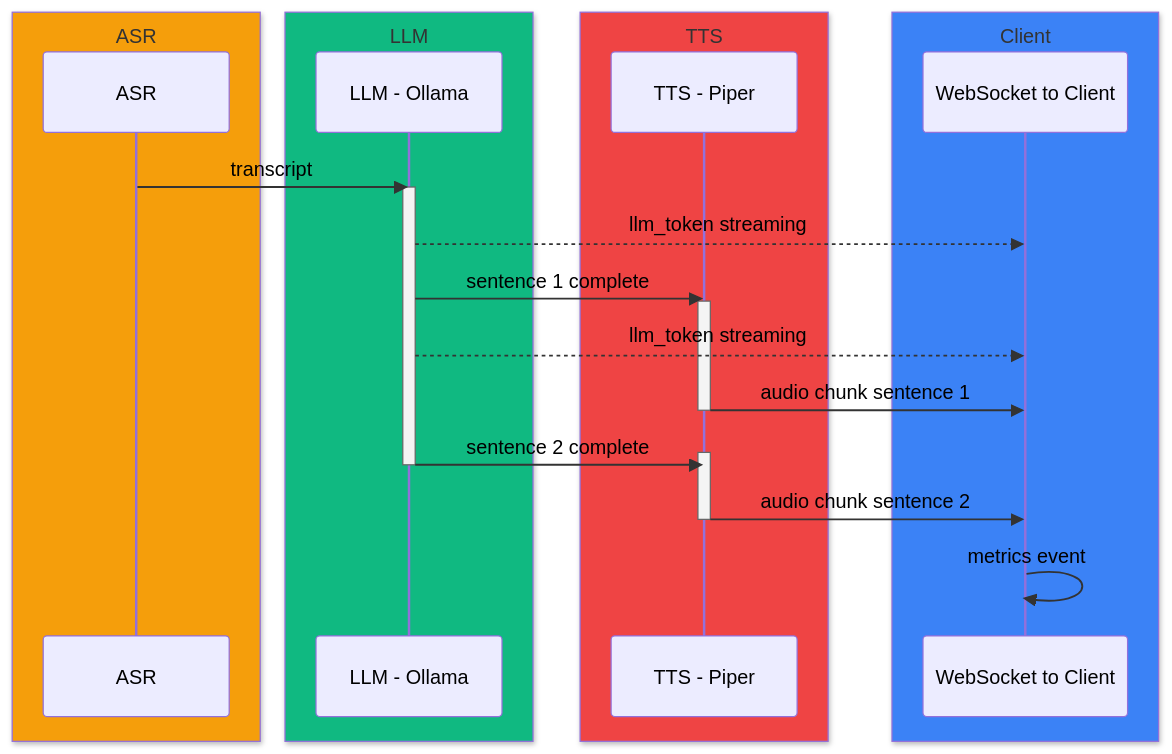
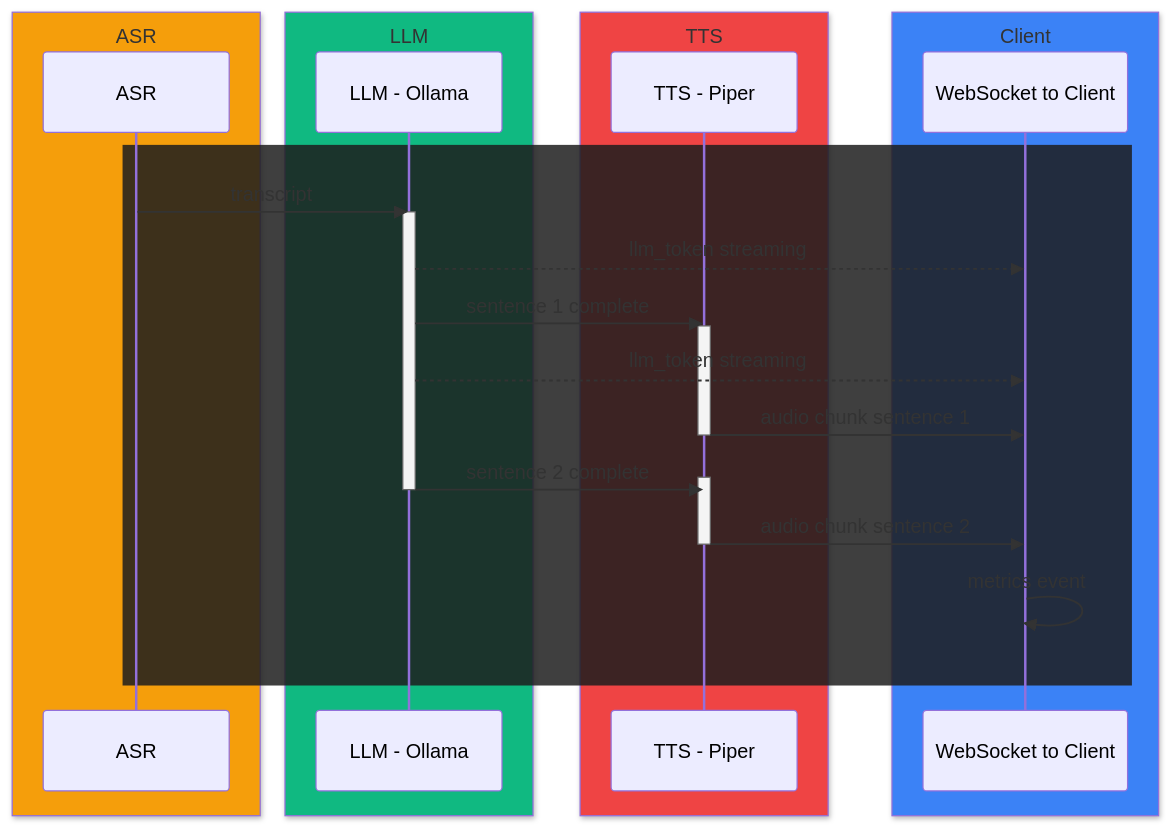
Before and after one commit to hubenschmidt/asr-llm-tts: the third of 4 diagrams in docs/architecture.md, drawn with Mermaid.

Commit message:
use dark background with white text

````diff
--- a/docs/architecture.md
+++ b/docs/architecture.md
@@ -77,36 +77,37 @@
 ```mermaid
-%%{init: {'themeVariables': {'signalTextColor': '#000000'}} }%%
 sequenceDiagram
     box rgb(245, 158, 11) ASR
         participant ASR
     end
     box rgb(16, 185, 129) LLM
         participant LLM as LLM - Ollama
     end
     box rgb(239, 68, 68) TTS
         participant TTS as TTS - Piper
     end
     box rgb(59, 130, 246) Client
         participant WS as WebSocket to Client
     end
 
-    ASR->>LLM: transcript
-    activate LLM
+    rect rgba(30, 30, 30, 0.85)
+        ASR->>LLM: transcript
+        activate LLM
 
-    LLM-->>WS: llm_token streaming
-    LLM->>TTS: sentence 1 complete
-    activate TTS
-    LLM-->>WS: llm_token streaming
+        LLM-->>WS: llm_token streaming
+        LLM->>TTS: sentence 1 complete
+        activate TTS
+        LLM-->>WS: llm_token streaming
 
-    TTS->>WS: audio chunk sentence 1
-    deactivate TTS
+        TTS->>WS: audio chunk sentence 1
+        deactivate TTS
 
-    LLM->>TTS: sentence 2 complete
-    activate TTS
-    deactivate LLM
+        LLM->>TTS: sentence 2 complete
+        activate TTS
+        deactivate LLM
 
-    TTS->>WS: audio chunk sentence 2
-    deactivate TTS
+        TTS->>WS: audio chunk sentence 2
+        deactivate TTS
 
-    WS->>WS: metrics event
+        WS->>WS: metrics event
+    end
 ```
````
